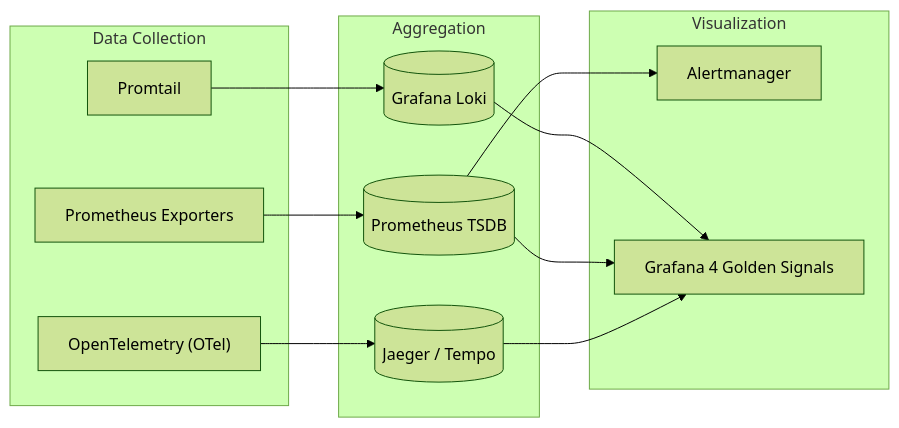
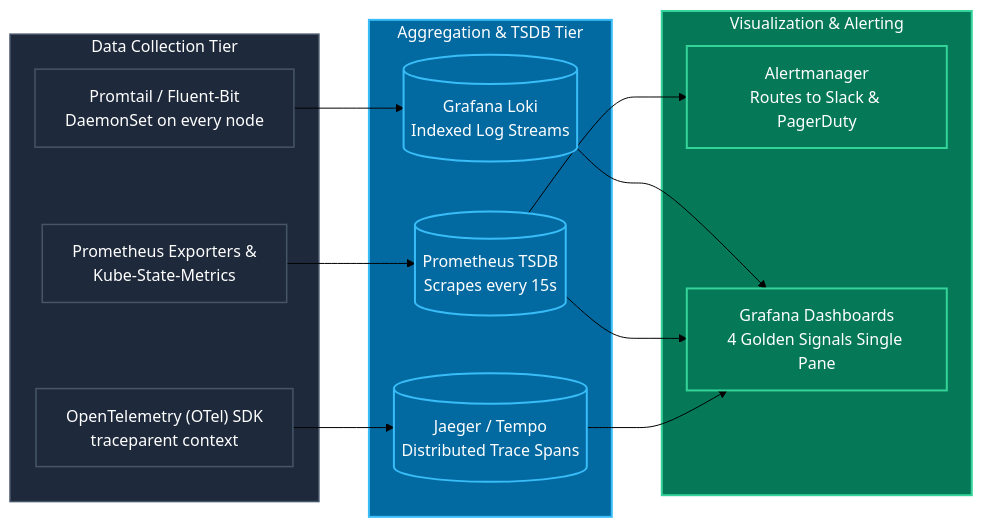
Diagram 14 of 14 in DevOps_CI_CD_Master_Engineering_Blueprint.md (pvsafwa/devops-course-playbook), drawn with Mermaid (forest theme) before and after one commit. The commit also changed other lines of this file, not shown here.

````diff
--- a/DevOps_CI_CD_Master_Engineering_Blueprint.md
+++ b/DevOps_CI_CD_Master_Engineering_Blueprint.md
@@ -582,21 +1110,27 @@
 ```mermaid
 flowchart LR
-    subgraph DataCollection["Data Collection"]
-        Promtail["Promtail"]
-        Exporters["Prometheus Exporters"]
-        OTel["OpenTelemetry (OTel)"]
+    subgraph DataCollection["Data Collection Tier"]
+        Promtail["Promtail / Fluent-Bit<br/>DaemonSet on every node"]
+        Exporters["Prometheus Exporters &<br/>Kube-State-Metrics"]
+        OTel["OpenTelemetry (OTel) SDK<br/>traceparent context"]
     end
-    subgraph StorageTier["Aggregation"]
-        Loki[("Grafana Loki")]
-        Prometheus[("Prometheus TSDB")]
-        Jaeger[("Jaeger / Tempo")]
+    subgraph StorageTier["Aggregation & TSDB Tier"]
+        Loki[("Grafana Loki<br/>Indexed Log Streams")]
+        Prometheus[("Prometheus TSDB<br/>Scrapes every 15s")]
+        Jaeger[("Jaeger / Tempo<br/>Distributed Trace Spans")]
     end
-    subgraph PresentationTier["Visualization"]
-        Alertmanager["Alertmanager"]
-        Grafana["Grafana 4 Golden Signals"]
+    subgraph PresentationTier["Visualization & Alerting"]
+        Alertmanager["Alertmanager<br/>Routes to Slack & PagerDuty"]
+        Grafana["Grafana Dashboards<br/>4 Golden Signals Single Pane"]
     end
     Promtail --> Loki --> Grafana
-    Exporters --> Prometheus --> Alertmanager
-    Prometheus --> Grafana
+    Exporters --> Prometheus --> Grafana
+    Prometheus --> Alertmanager
     OTel --> Jaeger --> Grafana
+    classDef coll fill:#1e293b,stroke:#475569,stroke-width:1.5px,color:#ffffff;
+    classDef store fill:#0369a1,stroke:#38bdf8,stroke-width:2px,color:#ffffff;
+    classDef ui fill:#047857,stroke:#34d399,stroke-width:2px,color:#ffffff;
+    class DataCollection,Promtail,Exporters,OTel coll;
+    class StorageTier,Loki,Prometheus,Jaeger store;
+    class PresentationTier,Alertmanager,Grafana ui;
 ```
````
